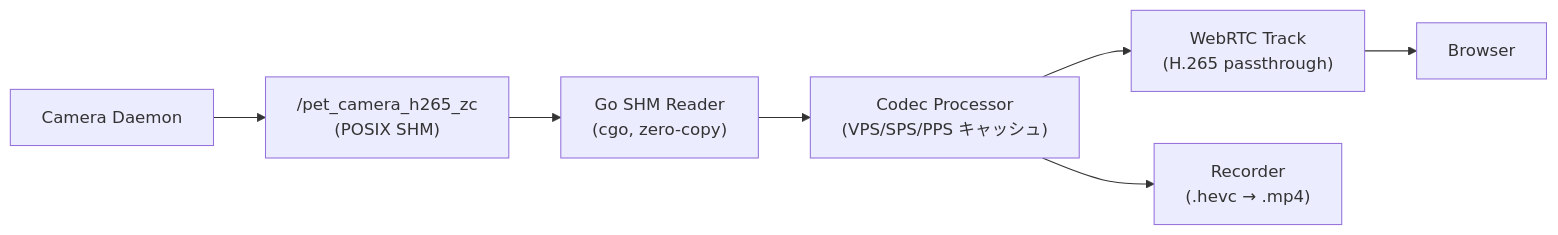
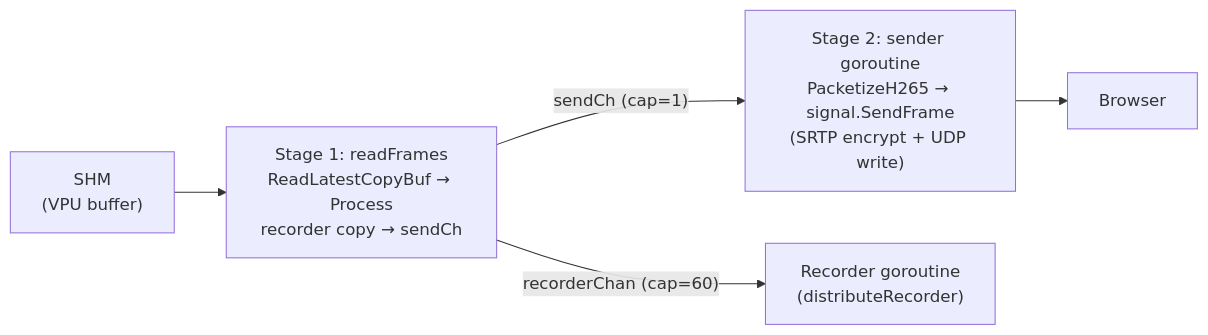
One commit to dj-oyu/rdk-x5_smart-pet-camera changed the second of 3 diagrams in docs/streaming-server.md. Above: the diagram before and after it, drawn with Mermaid. The commit also changed other lines of this file and 1 other file, not shown here.

````diff
--- a/docs/streaming-server.md
+++ b/docs/streaming-server.md
@@ -52,14 +54,12 @@
 ```mermaid
 graph LR
-    cam["Camera Daemon"]
-    shm["/pet_camera_h265_zc<br/>(POSIX SHM)"]
-    reader["Go SHM Reader<br/>(cgo, zero-copy)"]
-    proc["Codec Processor<br/>(VPS/SPS/PPS キャッシュ)"]
-    webrtc["WebRTC Track<br/>(H.265 passthrough)"]
-    rec["Recorder<br/>(.hevc → .mp4)"]
+    shm["SHM<br/>(VPU buffer)"]
+    stage1["Stage 1: readFrames<br/>ReadLatestCopyBuf → Process<br/>recorder copy → sendCh"]
+    stage2["Stage 2: sender goroutine<br/>PacketizeH265 → signal.SendFrame<br/>(SRTP encrypt + UDP write)"]
+    rec["Recorder goroutine<br/>(distributeRecorder)"]
     browser["Browser"]
 
-    cam --> shm --> reader --> proc
-    proc --> webrtc --> browser
-    proc --> rec
+    shm --> stage1
+    stage1 -->|"sendCh (cap=1)"| stage2 --> browser
+    stage1 -->|"recorderChan (cap=60)"| rec
 ```
````
